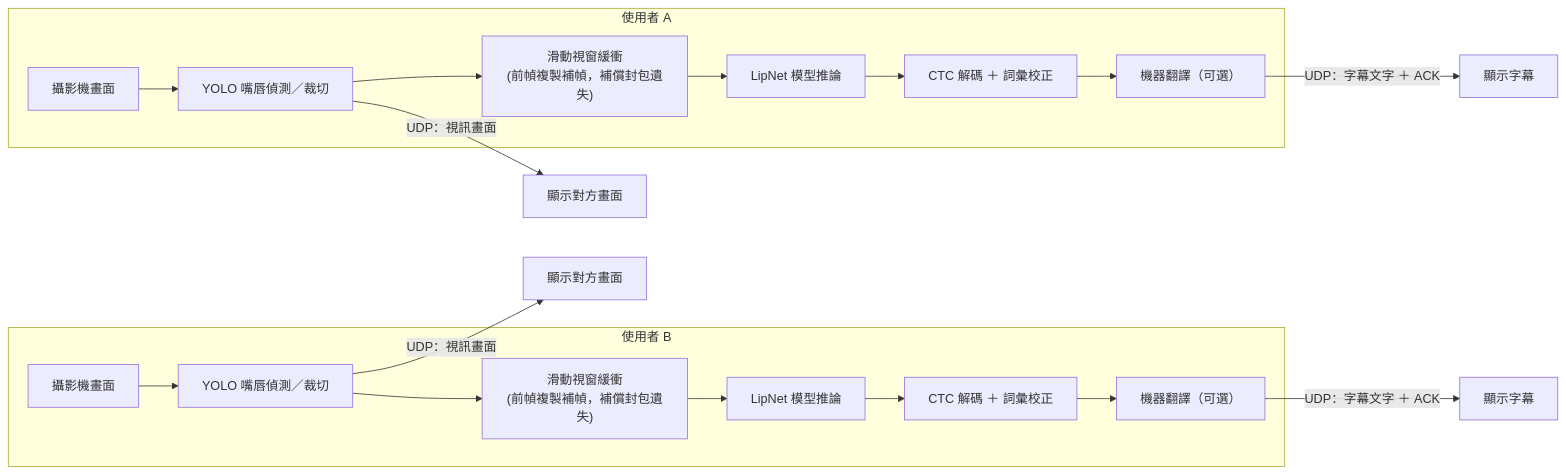
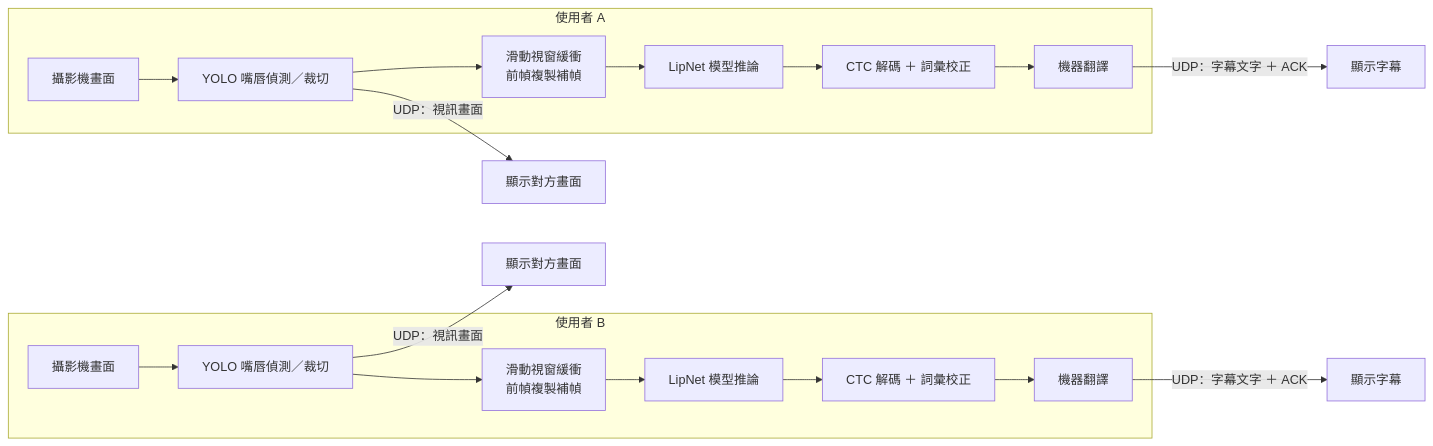
One commit to st61223-commits/LipNet-lightweight changed the diagram in README.md. Above: the diagram before and after it, drawn with Mermaid. The commit also changed other lines of this file, not shown here.

````diff
--- a/README.md
+++ b/README.md
@@ -40,23 +40,23 @@
 ```mermaid
 flowchart LR
     subgraph A["使用者 A"]
         A1[攝影機畫面] --> A2[YOLO 嘴唇偵測／裁切]
-        A2 --> A3["滑動視窗緩衝<br/>(前幀複製補幀，補償封包遺失)"]
+        A2 --> A3["滑動視窗緩衝<br/>前幀複製補幀"]
         A3 --> A4[LipNet 模型推論]
         A4 --> A5[CTC 解碼 ＋ 詞彙校正]
-        A5 --> A6["機器翻譯（可選）"]
+        A5 --> A6[機器翻譯]
     end
 
     subgraph B["使用者 B"]
         B1[攝影機畫面] --> B2[YOLO 嘴唇偵測／裁切]
-        B2 --> B3["滑動視窗緩衝<br/>(前幀複製補幀，補償封包遺失)"]
+        B2 --> B3["滑動視窗緩衝<br/>前幀複製補幀"]
         B3 --> B4[LipNet 模型推論]
         B4 --> B5[CTC 解碼 ＋ 詞彙校正]
-        B5 --> B6["機器翻譯（可選）"]
+        B5 --> B6[機器翻譯]
     end
 
     A2 -- "UDP：視訊畫面" --> B7[顯示對方畫面]
     A6 -- "UDP：字幕文字 ＋ ACK" --> B8[顯示字幕]
     B2 -- "UDP：視訊畫面" --> A7[顯示對方畫面]
     B6 -- "UDP：字幕文字 ＋ ACK" --> A8[顯示字幕]
 ```
````
